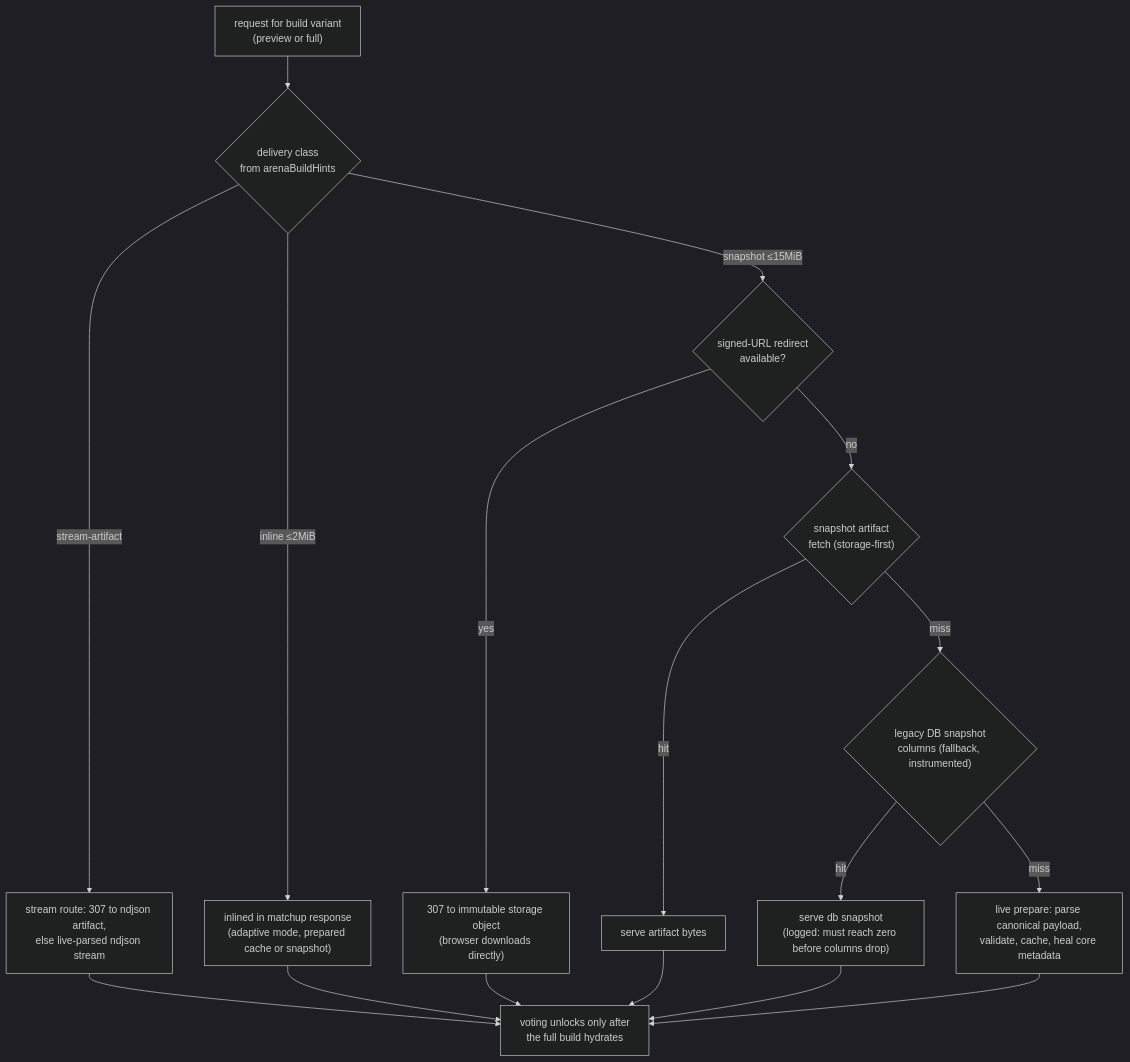
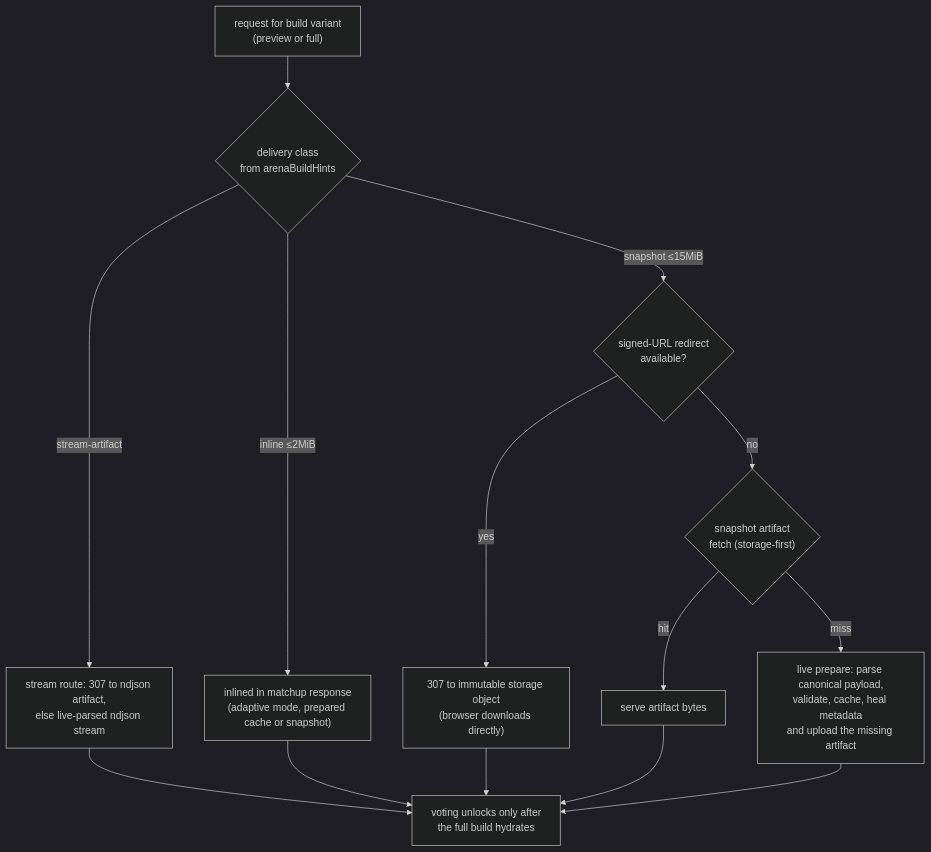
The third of 3 diagrams in docs/architecture.md (Ammaar-Alam/minebench), drawn with Mermaid (dark theme) before and after one commit. The commit also changed other lines of this file, not shown here.

Commit message:
(chore) update architecture docs for storage-only snapshots

````diff
--- a/docs/architecture.md
+++ b/docs/architecture.md
@@ -93,19 +89,16 @@
 ```mermaid
 flowchart TD
     Q["request for build variant<br/>(preview or full)"] --> C{"delivery class<br/>from arenaBuildHints"}
     C -- "inline ≤2MiB" --> IN["inlined in matchup response<br/>(adaptive mode, prepared cache or snapshot)"]
     C -- "snapshot ≤15MiB" --> SR{"signed-URL redirect<br/>available?"}
     C -- "stream-artifact" --> ST["stream route: 307 to ndjson artifact,<br/>else live-parsed ndjson stream"]
     SR -- yes --> S307["307 to immutable storage object<br/>(browser downloads directly)"]
     SR -- no --> AF{"snapshot artifact<br/>fetch (storage-first)"}
     AF -- hit --> ASRV["serve artifact bytes"]
-    AF -- miss --> DB{"legacy DB snapshot<br/>columns (fallback, instrumented)"}
-    DB -- hit --> DSRV["serve db snapshot<br/>(logged: must reach zero before columns drop)"]
-    DB -- miss --> LP["live prepare: parse canonical payload,<br/>validate, cache, heal core metadata"]
+    AF -- miss --> LP["live prepare: parse canonical payload,<br/>validate, cache, heal metadata<br/>and upload the missing artifact"]
     ST --> VOTE
     IN --> VOTE
     S307 --> VOTE
     ASRV --> VOTE
-    DSRV --> VOTE
     LP --> VOTE["voting unlocks only after<br/>the full build hydrates"]
 ```
````
